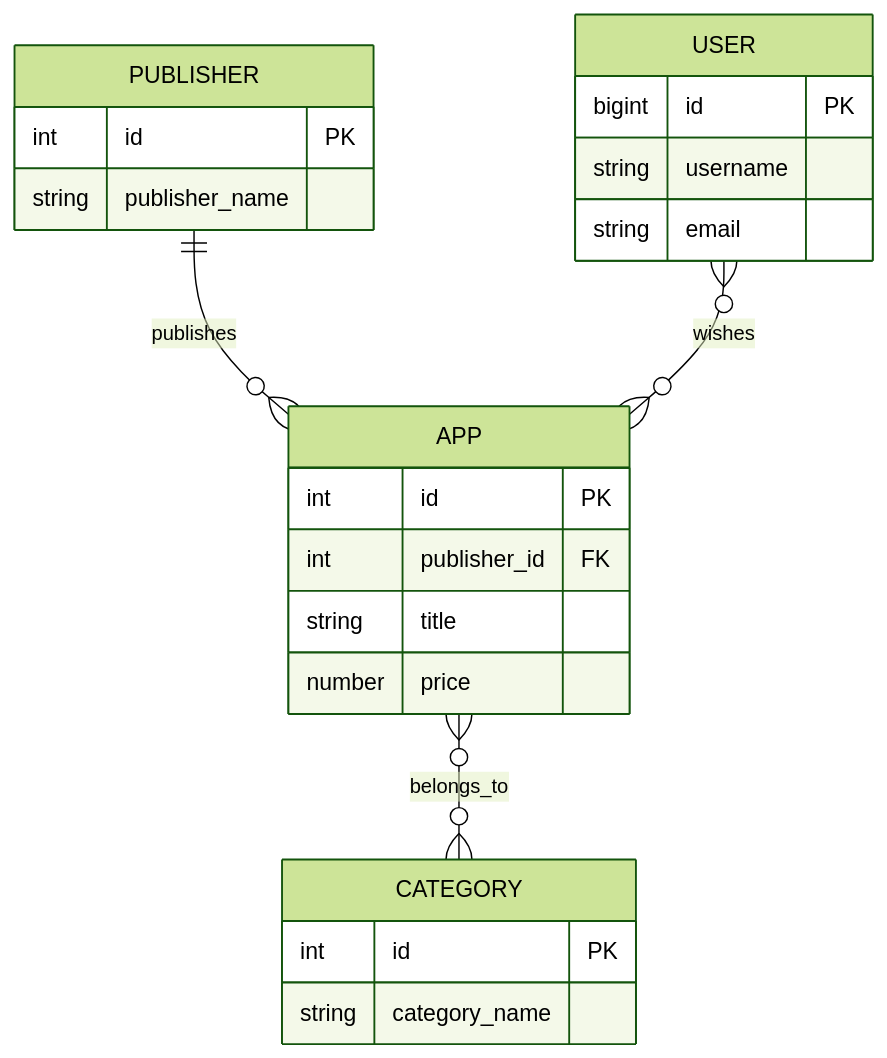
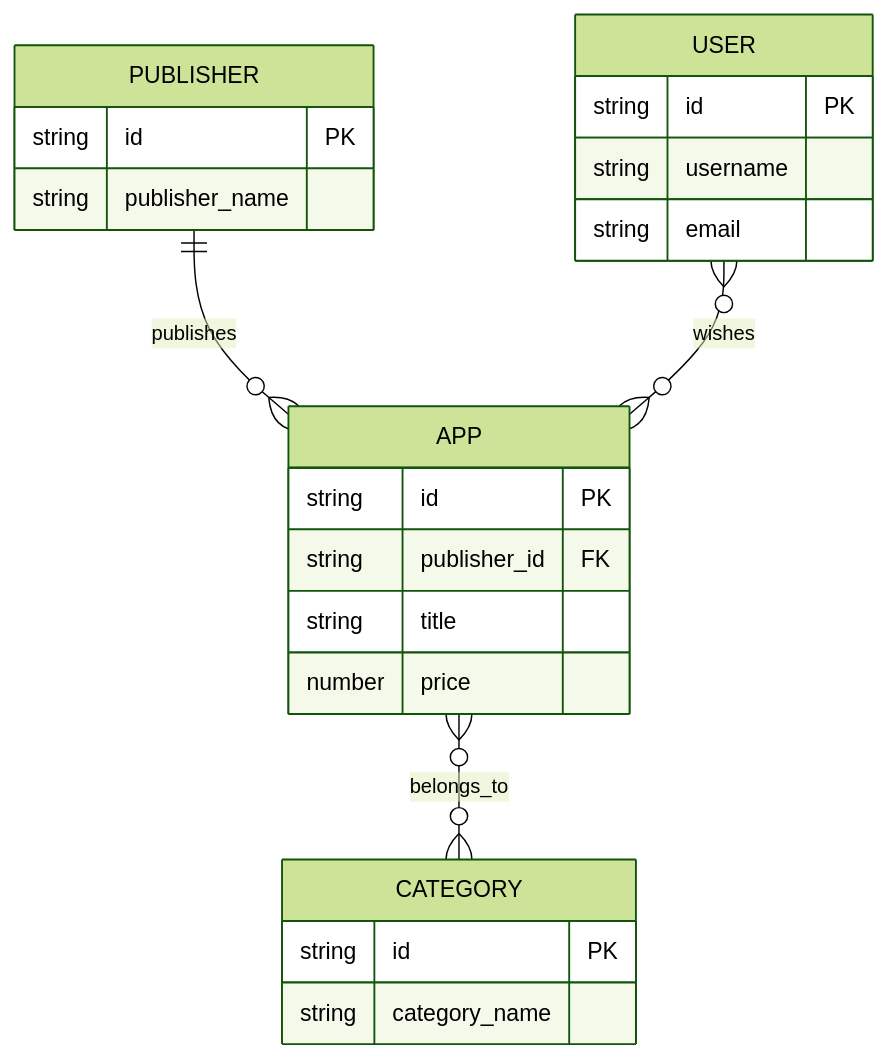
Before and after one commit to fntksnd11/-Requirements-Modeling-and-Analysis: the diagram in lab1/model.md, drawn with Mermaid (forest theme).

Commit message:
Change primary keys from int to string in ER diagram

````diff
--- a/lab1/model.md
+++ b/lab1/model.md
@@ -3,29 +3,29 @@
 ```mermaid
 erDiagram
     USER {
-        bigint id PK
+        string id PK
         string username
         string email
     }
 
     PUBLISHER {
-        int id PK
+        string id PK
         string publisher_name
     }
 
     APP {
-        int id PK
-        int publisher_id FK
+        string id PK
+        string publisher_id FK
         string title
         number price
     }
 
     CATEGORY {
-        int id PK
+        string id PK
         string category_name
     }
 
     PUBLISHER ||--o{ APP : "publishes"
     APP }o--o{ CATEGORY : "belongs_to"
     USER }o--o{ APP : "wishes"
 ```
````
